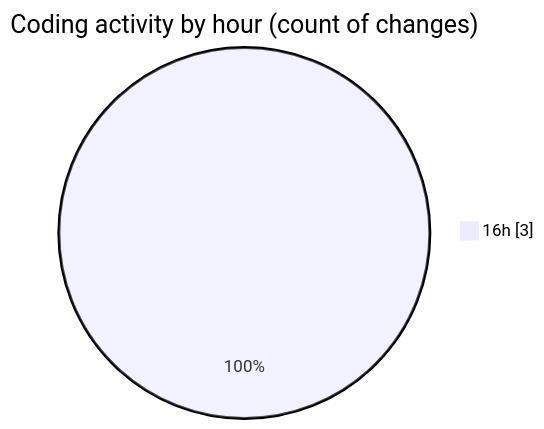
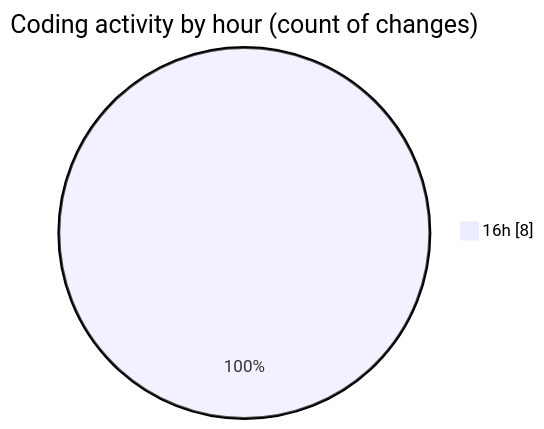
One commit to robertbonfada/code-tracking changed the second of 2 diagrams in 2025-01-08/mbc-web/README.md. Above: the diagram before and after it, drawn with Mermaid. The commit also changed other lines of this file and 1 other file, not shown here.

````diff
--- a/2025-01-08/mbc-web/README.md
+++ b/2025-01-08/mbc-web/README.md
@@ -30,5 +31,5 @@
 ```mermaid
 pie showData
 title Coding activity by hour (count of changes)
-"16h" : 3
+"16h" : 8
 ```
````
